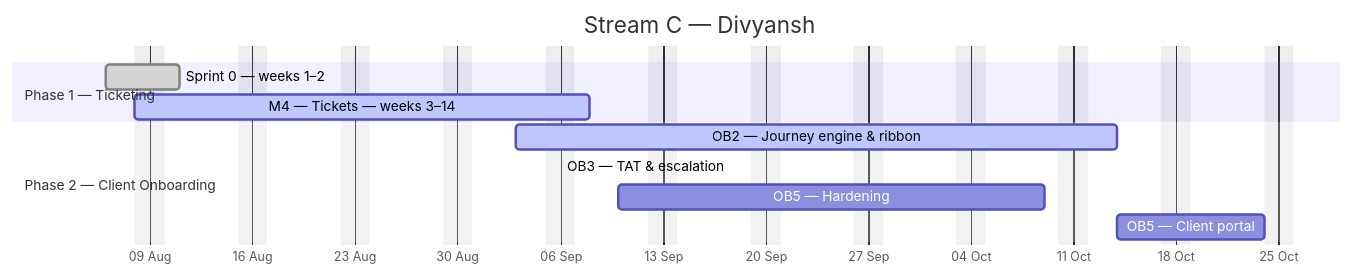
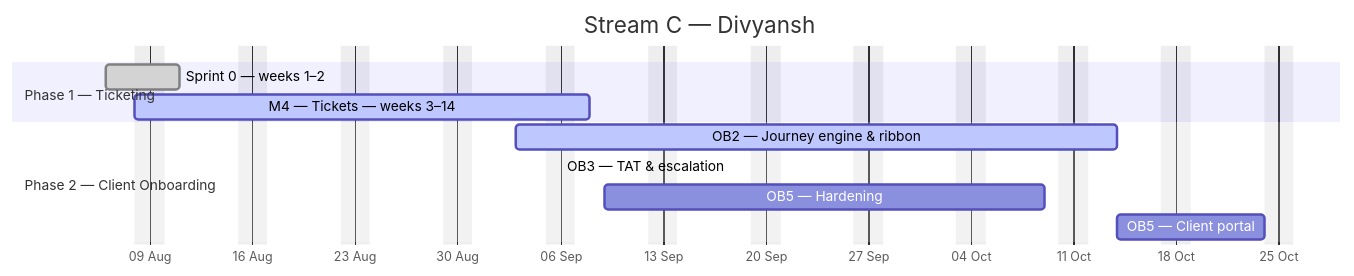
Before and after one commit to debashisedunext/EduTrack: the third of 4 diagrams in docs/plan/GANTT.md, drawn with Mermaid. The commit also changed other lines of this file and 2 other files, not shown here.

````diff
--- a/docs/plan/GANTT.md
+++ b/docs/plan/GANTT.md
@@ -173,15 +173,15 @@
 ```mermaid
 gantt
     dateFormat YYYY-MM-DD
     axisFormat %d %b
     title Stream C — Divyansh
     excludes weekends
     section Phase 1 — Ticketing
     Sprint 0 — weeks 1–2 :done, c0, 2026-08-06, 3d
     M4 — Tickets — weeks 3–14 :active, c1, 2026-08-08, 22d
     section Phase 2 — Client Onboarding
     OB2 — Journey engine & ribbon :active, c2, 2026-09-03, 29d
-    OB3 — TAT & escalation :active, c3, 2026-09-06, -36d
-    OB5 — Hardening :c4, 2026-09-10, 21d
+    OB3 — TAT & escalation :done, c3, 2026-09-06, 0d
+    OB5 — Hardening :c4, 2026-09-09, 22d
     OB5 — Client portal :c5, 2026-10-14, 8d
 ```
````
